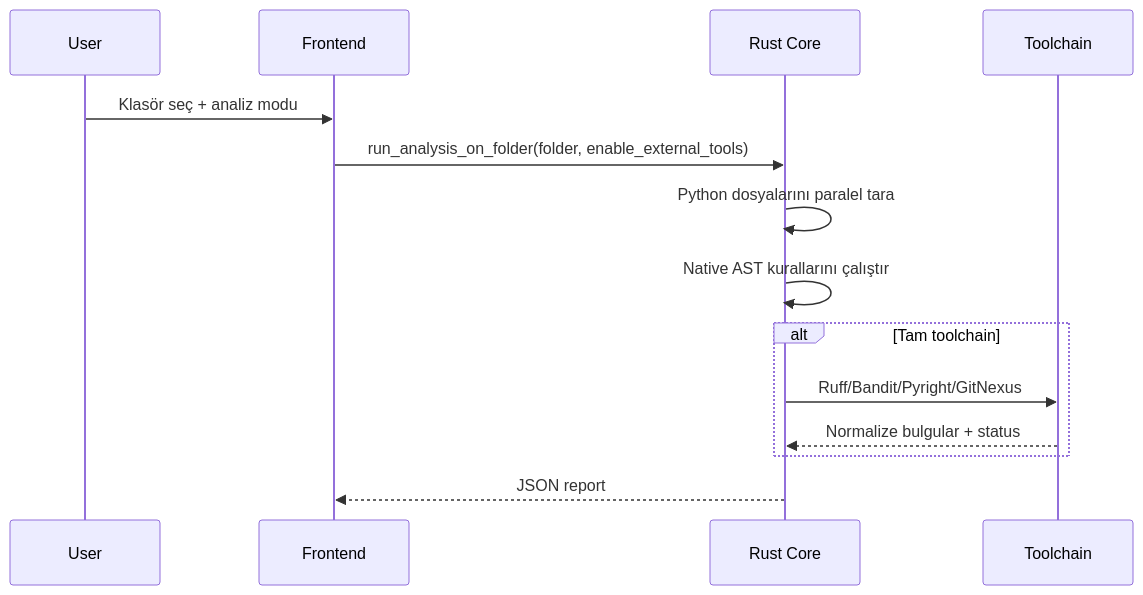
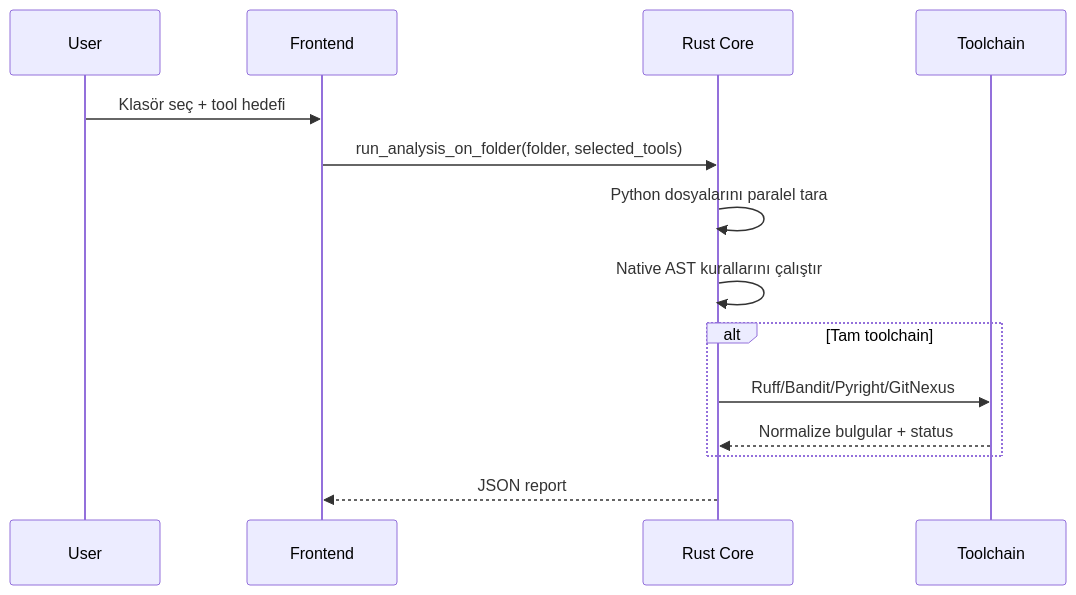
Before and after one commit to burakbagirici/PyShield: the third of 3 diagrams in README.md, drawn with Mermaid. The commit also changed other lines of this file and 7 other files, not shown here.

First line of the commit message:
feat: Enhance AI provider configuration management and external tool integration

````diff
--- a/README.md
+++ b/README.md
@@ -40,17 +86,17 @@
 ```mermaid
 sequenceDiagram
   participant U as User
   participant F as Frontend
   participant R as Rust Core
   participant T as Toolchain
 
-  U->>F: Klasör seç + analiz modu
-  F->>R: run_analysis_on_folder(folder, enable_external_tools)
+  U->>F: Klasör seç + tool hedefi
+  F->>R: run_analysis_on_folder(folder, selected_tools)
   R->>R: Python dosyalarını paralel tara
   R->>R: Native AST kurallarını çalıştır
   alt Tam toolchain
     R->>T: Ruff/Bandit/Pyright/GitNexus
     T-->>R: Normalize bulgular + status
   end
   R-->>F: JSON report
 ```
````
